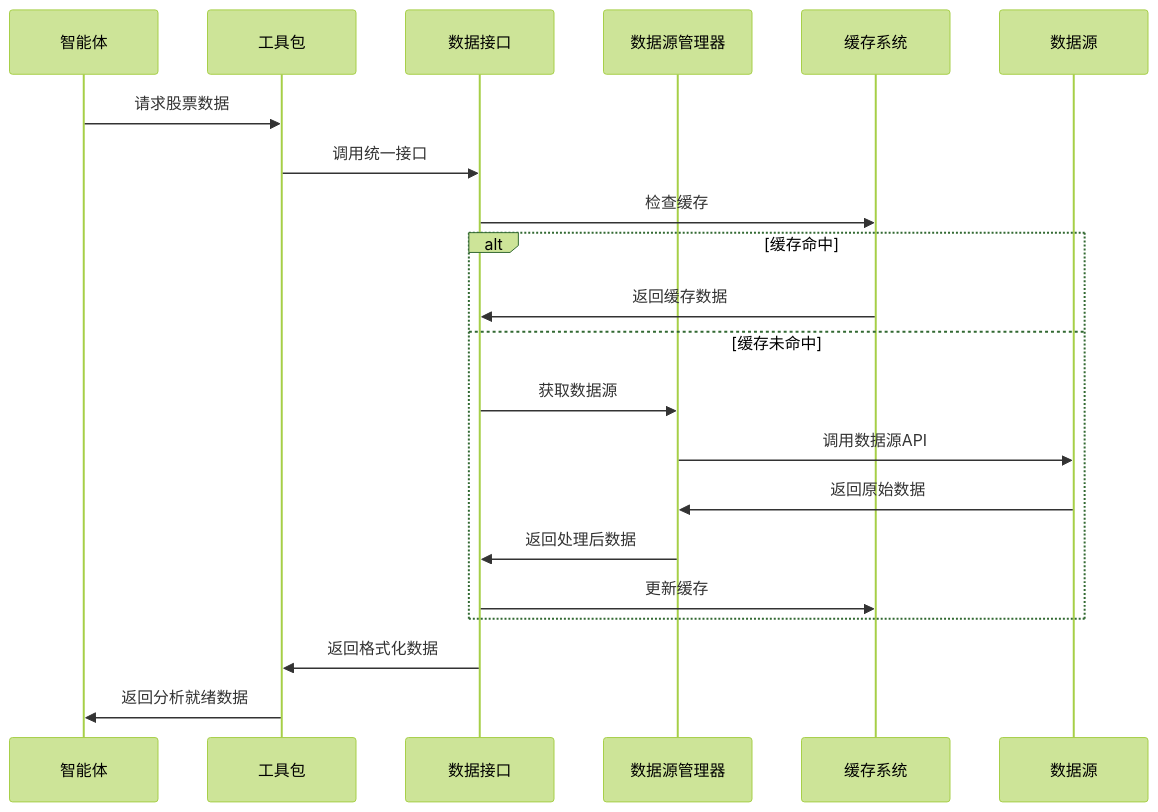
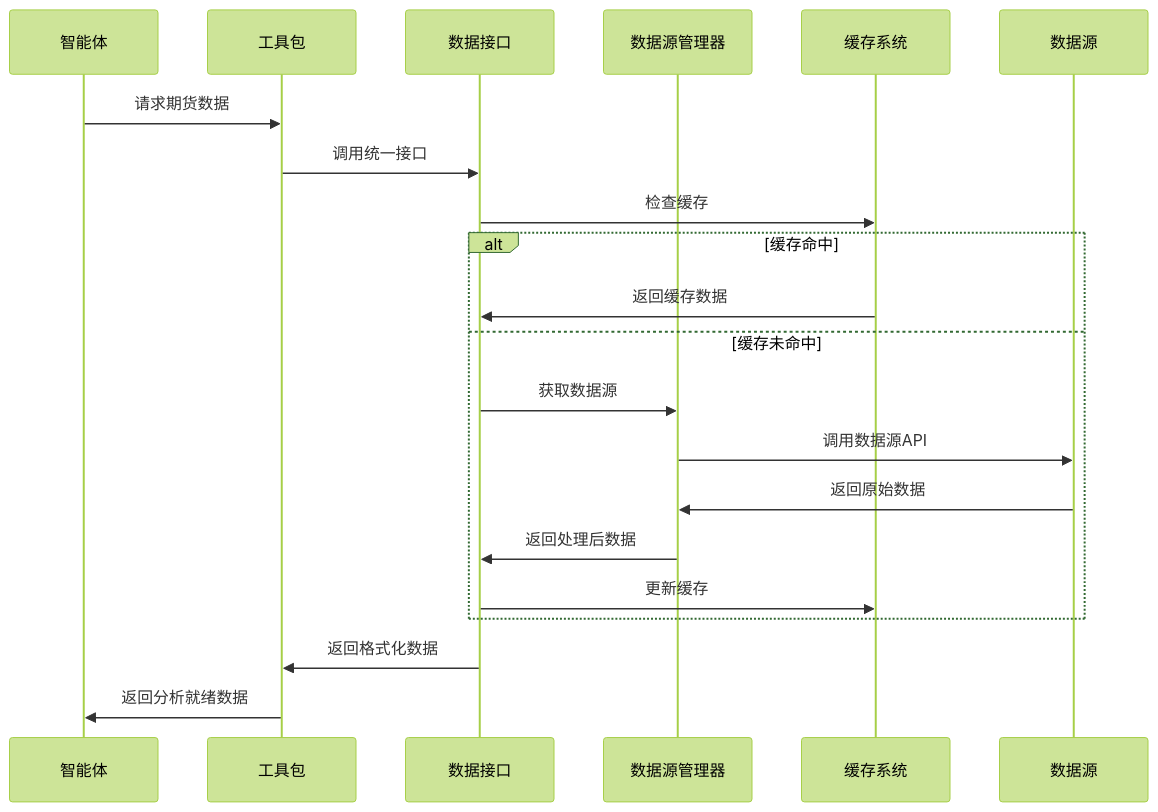
The second of 2 diagrams in docs/architecture/v0.1.13/data-flow-architecture.md (zhouxinhao19/TradingAgent-Future), drawn with Mermaid (forest theme) before and after one commit. The commit also changed other lines of this file and 433 other files, not shown here.

````diff
--- a/docs/architecture/v0.1.13/data-flow-architecture.md
+++ b/docs/architecture/v0.1.13/data-flow-architecture.md
@@ -981,26 +981,26 @@
 ```mermaid
 sequenceDiagram
     participant Agent as 智能体
     participant Toolkit as 工具包
     participant Interface as 数据接口
     participant Manager as 数据源管理器
     participant Cache as 缓存系统
     participant Source as 数据源
     
-    Agent->>Toolkit: 请求股票数据
+    Agent->>Toolkit: 请求期货数据
     Toolkit->>Interface: 调用统一接口
     Interface->>Cache: 检查缓存
     
     alt 缓存命中
         Cache->>Interface: 返回缓存数据
     else 缓存未命中
         Interface->>Manager: 获取数据源
         Manager->>Source: 调用数据源API
         Source->>Manager: 返回原始数据
         Manager->>Interface: 返回处理后数据
         Interface->>Cache: 更新缓存
     end
     
     Interface->>Toolkit: 返回格式化数据
     Toolkit->>Agent: 返回分析就绪数据
 ```
````
